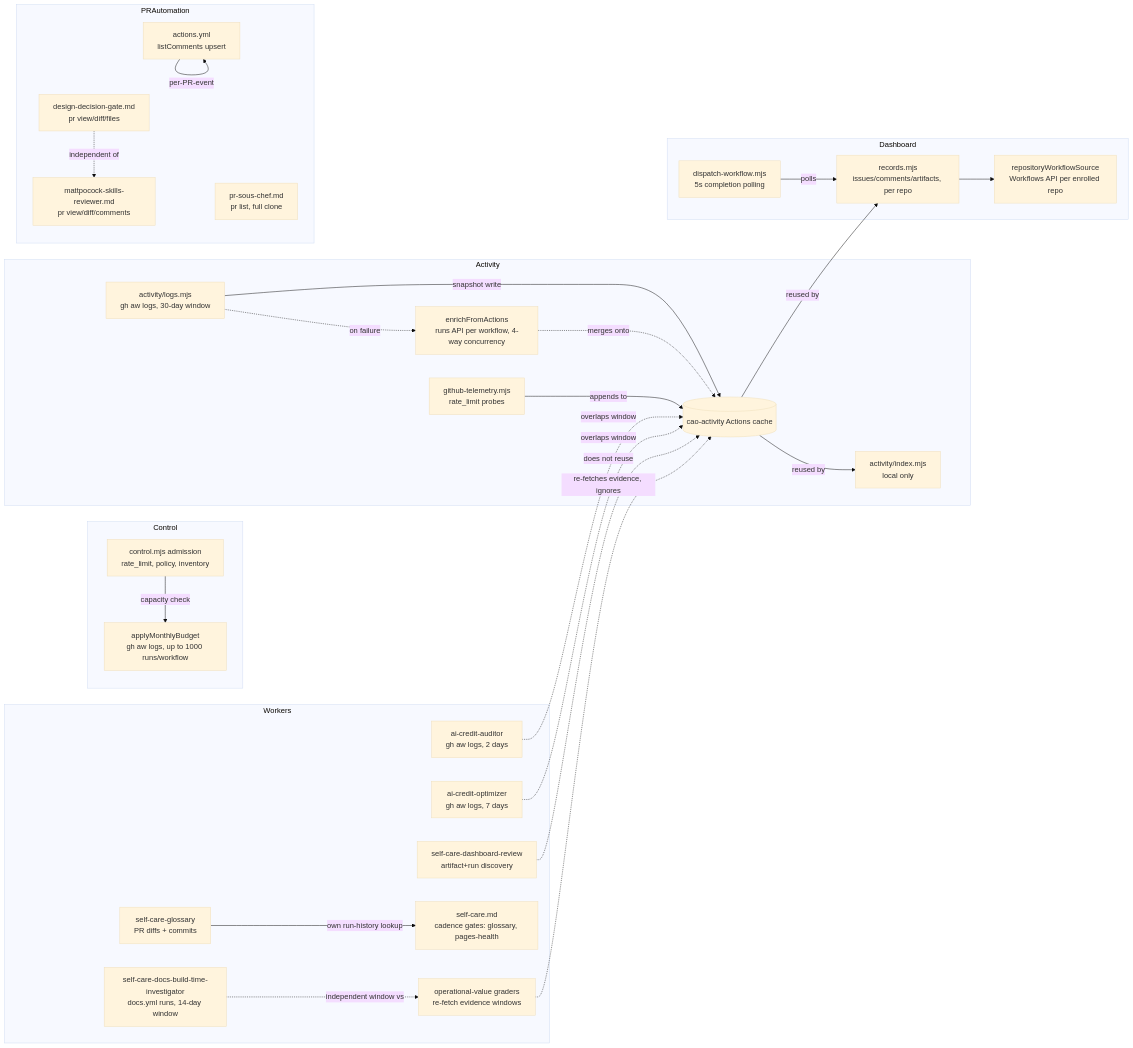
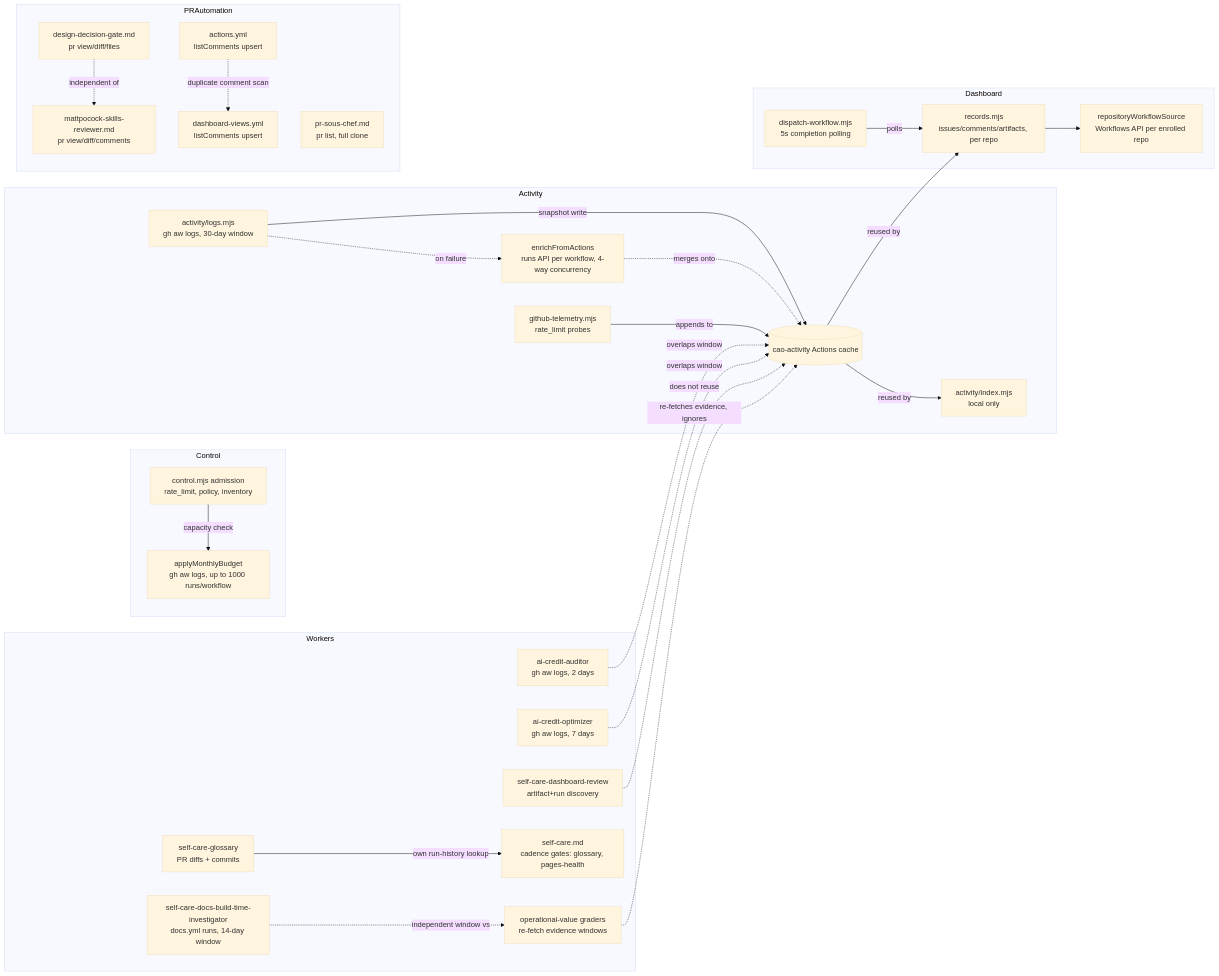
One commit to githubnext/gh-aw-cao changed the diagram in specs/data-acquisition-audit.md. Above: the diagram before and after it, drawn with Mermaid (base theme). The commit also changed other lines of this file, not shown here.

Commit message:
Refresh data acquisition audit: dashboard-views.yml comment upsert + logs.mjs argument logging + agent-log cleanup

````diff
--- a/specs/data-acquisition-audit.md
+++ b/specs/data-acquisition-audit.md
@@ -177,52 +180,52 @@
 ```mermaid
 flowchart LR
   subgraph Control
     control["control.mjs admission<br/>rate_limit, policy, inventory"]
     budget["applyMonthlyBudget<br/>gh aw logs, up to 1000 runs/workflow"]
   end
   subgraph Activity
     logsmjs["activity/logs.mjs<br/>gh aw logs, 30-day window"]
     fallback["enrichFromActions<br/>runs API per workflow, 4-way concurrency"]
     indexmjs["activity/index.mjs<br/>local only"]
     telemetry["github-telemetry.mjs<br/>rate_limit probes"]
     cache[("cao-activity Actions cache")]
   end
   subgraph Dashboard
     records["records.mjs<br/>issues/comments/artifacts, per repo"]
     remotewf["repositoryWorkflowSource<br/>Workflows API per enrolled repo"]
     dispatch["dispatch-workflow.mjs<br/>5s completion polling"]
   end
   subgraph Workers
     aicaud["ai-credit-auditor<br/>gh aw logs, 2 days"]
     aicopt["ai-credit-optimizer<br/>gh aw logs, 7 days"]
     reviewpf["self-care-dashboard-review<br/>artifact+run discovery"]
     glossary["self-care-glossary<br/>PR diffs + commits"]
     docsbt["self-care-docs-build-time-investigator<br/>docs.yml runs, 14-day window"]
     selfcare["self-care.md<br/>cadence gates: glossary, pages-health"]
     graders["operational-value graders<br/>re-fetch evidence windows"]
   end
   subgraph PRAutomation
     ddg["design-decision-gate.md<br/>pr view/diff/files"]
     mattpocock["mattpocock-skills-reviewer.md<br/>pr view/diff/comments"]
     soschef["pr-sous-chef.md<br/>pr list, full clone"]
     mobileci["actions.yml<br/>listComments upsert"]
+    dashviews["dashboard-views.yml<br/>listComments upsert"]
   end
-
   control -->|capacity check| budget
   logsmjs -->|snapshot write| cache
   logsmjs -.->|on failure| fallback
   fallback -.->|merges onto| cache
   cache -->|reused by| indexmjs
   cache -->|reused by| records
   telemetry -->|appends to| cache
   records --> remotewf
   dispatch -->|polls| records
   aicaud -.->|overlaps window| cache
   aicopt -.->|overlaps window| cache
   reviewpf -.->|does not reuse| cache
   glossary -->|own run-history lookup| selfcare
   docsbt -.->|independent window vs| graders
   graders -.->|re-fetches evidence, ignores| cache
   ddg -.->|independent of| mattpocock
-  mobileci -->|per-PR-event| mobileci
+  mobileci -.->|duplicate comment scan| dashviews
 ```
````
